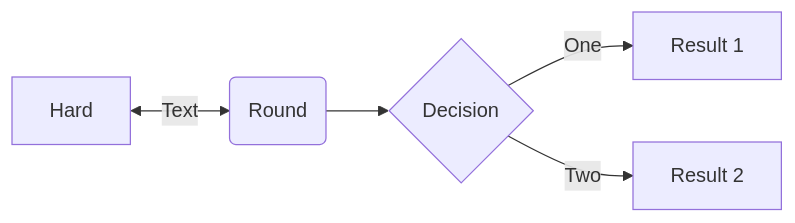
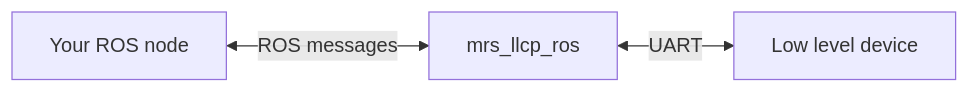
One commit to pratikiitgn/mrs_llcp_ros changed the diagram in README.md. Above: the diagram before and after it, drawn with Mermaid.

````diff
--- a/README.md
+++ b/README.md
@@ -5,7 +5,5 @@
 ```mermaid
 flowchart LR
-A[Hard] <-->|Text| B(Round)
-B --> C{Decision}
-C -->|One| D[Result 1]
-C -->|Two| E[Result 2]
+A[Your ROS node] <-->|ROS messages| B[mrs_llcp_ros]
+B <-->|UART| C[Low level device]
 ```
````
